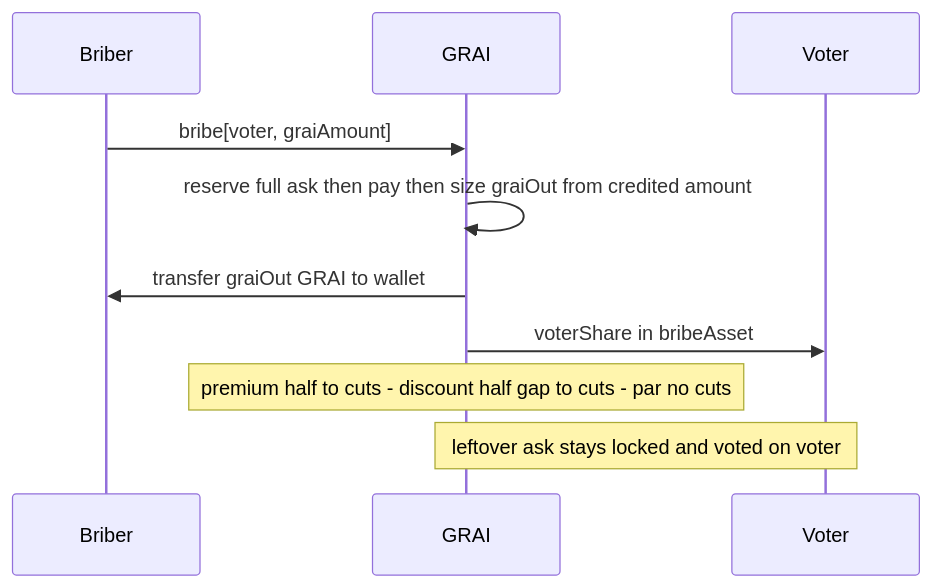
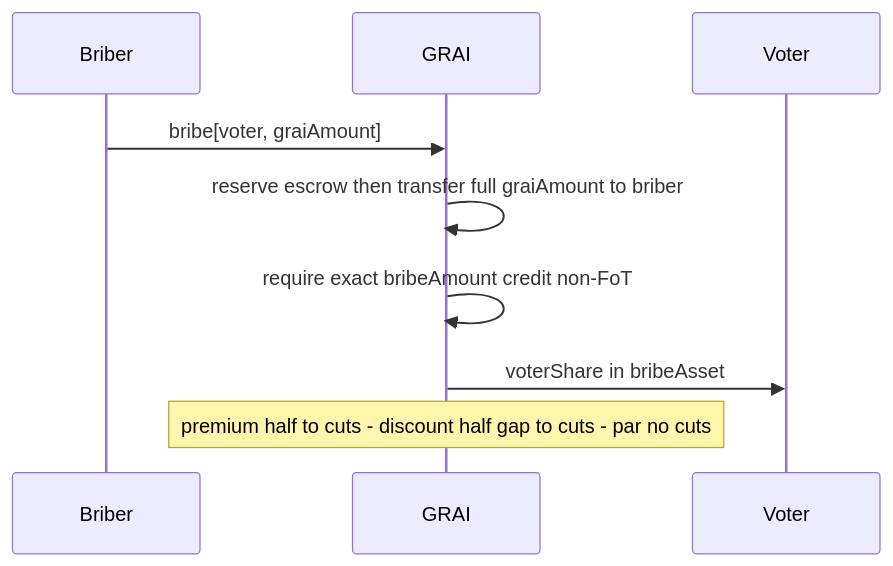
The fifth of 5 diagrams in docs/TOKENOMICS.md (grindurus/grindurus-evm), drawn with Mermaid before and after one commit. The commit also changed other lines of this file, not shown here.

````diff
--- a/docs/TOKENOMICS.md
+++ b/docs/TOKENOMICS.md
@@ -312,13 +340,12 @@
 ```mermaid
 sequenceDiagram
     participant B as Briber
     participant G as GRAI
     participant V as Voter
 
     B->>G: bribe[voter, graiAmount]
-    G->>G: reserve full ask then pay then size graiOut from credited amount
-    G->>B: transfer graiOut GRAI to wallet
+    G->>G: reserve escrow then transfer full graiAmount to briber
+    G->>G: require exact bribeAmount credit non-FoT
     G->>V: voterShare in bribeAsset
     Note over G: premium half to cuts - discount half gap to cuts - par no cuts
-    Note over V,G: leftover ask stays locked and voted on voter
 ```
````
